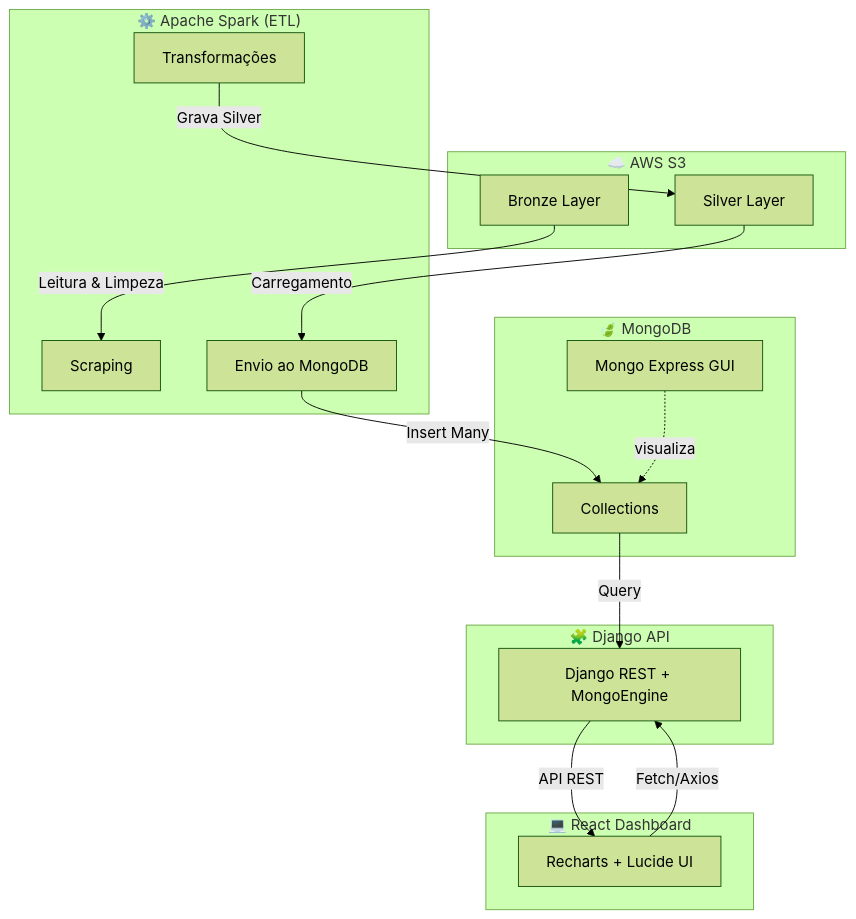
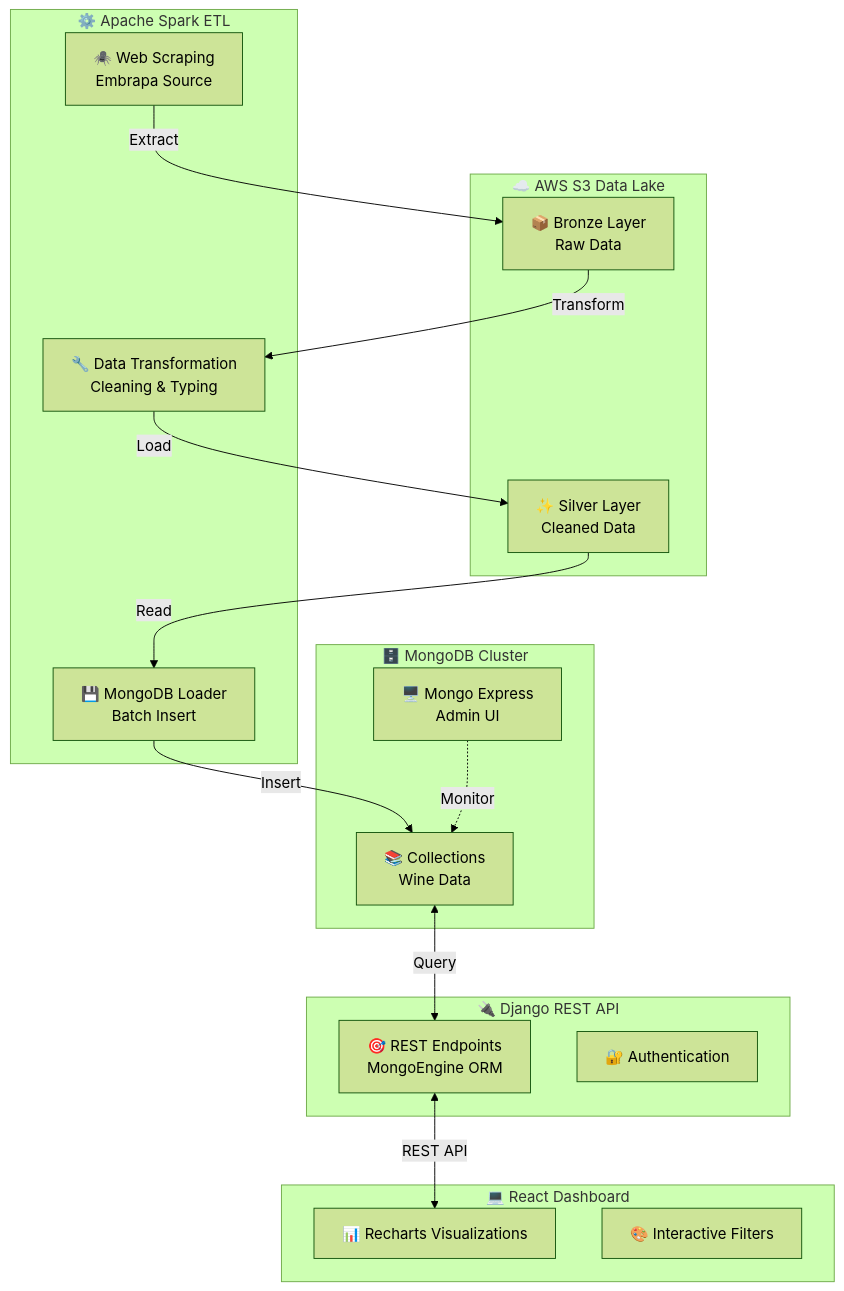
Before and after one commit to milinull/Embrapa-API: the diagram in README.MD, drawn with Mermaid (forest theme). The commit also changed other lines of this file and 1 other file, not shown here.

````diff
--- a/README.MD
+++ b/README.MD
@@ -26,35 +38,37 @@
 ```mermaid
 graph TD
-    subgraph Cloud["☁️ AWS S3"]
-        A1[Bronze Layer]
-        A2[Silver Layer]
+    subgraph Cloud["☁️ AWS S3 Data Lake"]
+        A1[📦 Bronze Layer<br/>Raw Data]
+        A2[✨ Silver Layer<br/>Cleaned Data]
     end
 
-    subgraph Spark["⚙️ Apache Spark (ETL)"]
-        B1[Scraping]
-        B2[Transformações]
-        B3[Envio ao MongoDB]
+    subgraph Spark["⚙️ Apache Spark ETL"]
+        B1[🕷️ Web Scraping<br/>Embrapa Source]
+        B2[🔧 Data Transformation<br/>Cleaning & Typing]
+        B3[💾 MongoDB Loader<br/>Batch Insert]
     end
 
-    subgraph Backend["🧩 Django API"]
-        C1[Django REST + MongoEngine]
+    subgraph Backend["🔌 Django REST API"]
+        C1[🎯 REST Endpoints<br/>MongoEngine ORM]
+        C2[🔐 Authentication]
     end
 
     subgraph Frontend["💻 React Dashboard"]
-        D1[Recharts + Lucide UI]
+        D1[📊 Recharts Visualizations]
+        D2[🎨 Interactive Filters]
     end
 
-    subgraph DB["🍃 MongoDB"]
-        E1[Collections]
-        E2[Mongo Express GUI]
+    subgraph Database["🗄️ MongoDB Cluster"]
+        E1[📚 Collections<br/>Wine Data]
+        E2[🖥️ Mongo Express<br/>Admin UI]
     end
 
-    A1 -->|Leitura & Limpeza| B1
-    B2 -->|Grava Silver| A2
-    A2 -->|Carregamento| B3
-    B3 -->|Insert Many| E1
-    E1 -->|Query| C1
-    C1 -->|API REST| D1
-    D1 -->|Fetch/Axios| C1
-    E2 -. visualiza .-> E1
+    B1 -->|Extract| A1
+    A1 -->|Transform| B2
+    B2 -->|Load| A2
+    A2 -->|Read| B3
+    B3 -->|Insert| E1
+    E1 <-->|Query| C1
+    C1 <-->|REST API| D1
+    E2 -.->|Monitor| E1
 ```
````
